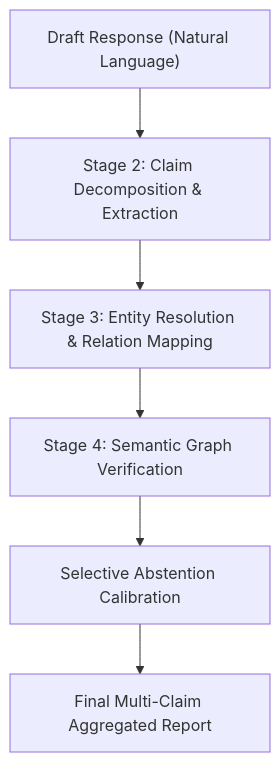
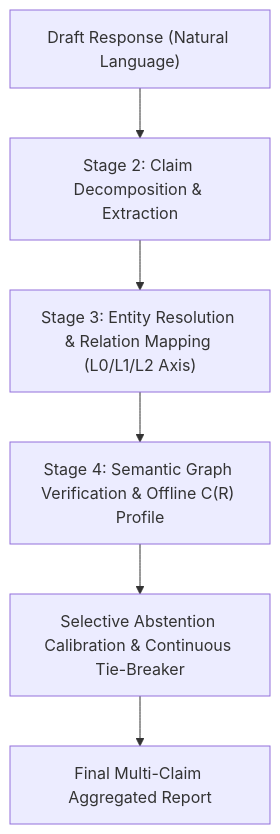
Before and after one commit to tminhquang00/factverification: the diagram in docs/architecture/system_expert_review.md, drawn with Mermaid. The commit also changed other lines of this file and 17 other files, not shown here.

````diff
--- a/docs/architecture/system_expert_review.md
+++ b/docs/architecture/system_expert_review.md
@@ -11,8 +11,8 @@
 ```mermaid
 graph TD
     A["Draft Response (Natural Language)"] --> B["Stage 2: Claim Decomposition & Extraction"]
-    B --> C["Stage 3: Entity Resolution & Relation Mapping"]
-    C --> D["Stage 4: Semantic Graph Verification"]
-    D --> E["Selective Abstention Calibration"]
+    B --> C["Stage 3: Entity Resolution & Relation Mapping (L0/L1/L2 Axis)"]
+    C --> D["Stage 4: Semantic Graph Verification & Offline C(R) Profile"]
+    D --> E["Selective Abstention Calibration & Continuous Tie-Breaker"]
     E --> F["Final Multi-Claim Aggregated Report"]
 ```
````
